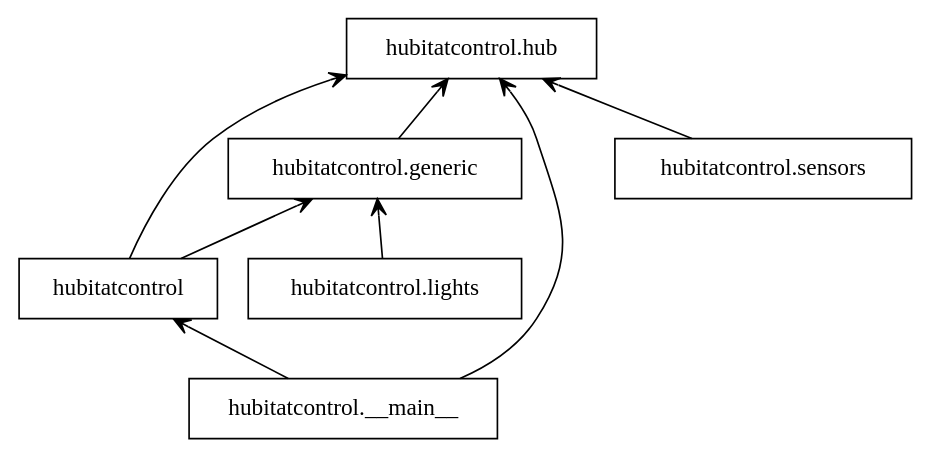
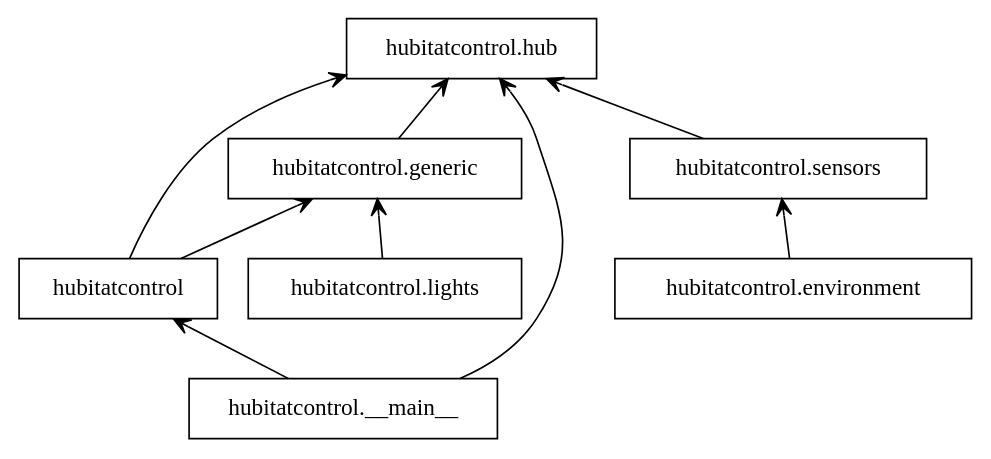
Before and after one commit to Jelloeater/hubitatcontrol: the diagram in docs/packages.dot, drawn with Graphviz. The commit also changed 6 other files, not shown here.

```diff
--- a/docs/packages.dot
+++ b/docs/packages.dot
@@ -1,17 +1,19 @@
 digraph "packages" {
 rankdir=BT
 charset="utf-8"
 "hubitatcontrol" [color="black", label=<hubitatcontrol>, shape="box", style="solid"];
 "hubitatcontrol.__main__" [color="black", label=<hubitatcontrol.__main__>, shape="box", style="solid"];
+"hubitatcontrol.environment" [color="black", label=<hubitatcontrol.environment>, shape="box", style="solid"];
 "hubitatcontrol.generic" [color="black", label=<hubitatcontrol.generic>, shape="box", style="solid"];
 "hubitatcontrol.hub" [color="black", label=<hubitatcontrol.hub>, shape="box", style="solid"];
 "hubitatcontrol.lights" [color="black", label=<hubitatcontrol.lights>, shape="box", style="solid"];
 "hubitatcontrol.sensors" [color="black", label=<hubitatcontrol.sensors>, shape="box", style="solid"];
 "hubitatcontrol" -> "hubitatcontrol.generic" [arrowhead="open", arrowtail="none"];
 "hubitatcontrol" -> "hubitatcontrol.hub" [arrowhead="open", arrowtail="none"];
 "hubitatcontrol.__main__" -> "hubitatcontrol" [arrowhead="open", arrowtail="none"];
 "hubitatcontrol.__main__" -> "hubitatcontrol.hub" [arrowhead="open", arrowtail="none"];
+"hubitatcontrol.environment" -> "hubitatcontrol.sensors" [arrowhead="open", arrowtail="none"];
 "hubitatcontrol.generic" -> "hubitatcontrol.hub" [arrowhead="open", arrowtail="none"];
 "hubitatcontrol.lights" -> "hubitatcontrol.generic" [arrowhead="open", arrowtail="none"];
 "hubitatcontrol.sensors" -> "hubitatcontrol.hub" [arrowhead="open", arrowtail="none"];
 }
```
